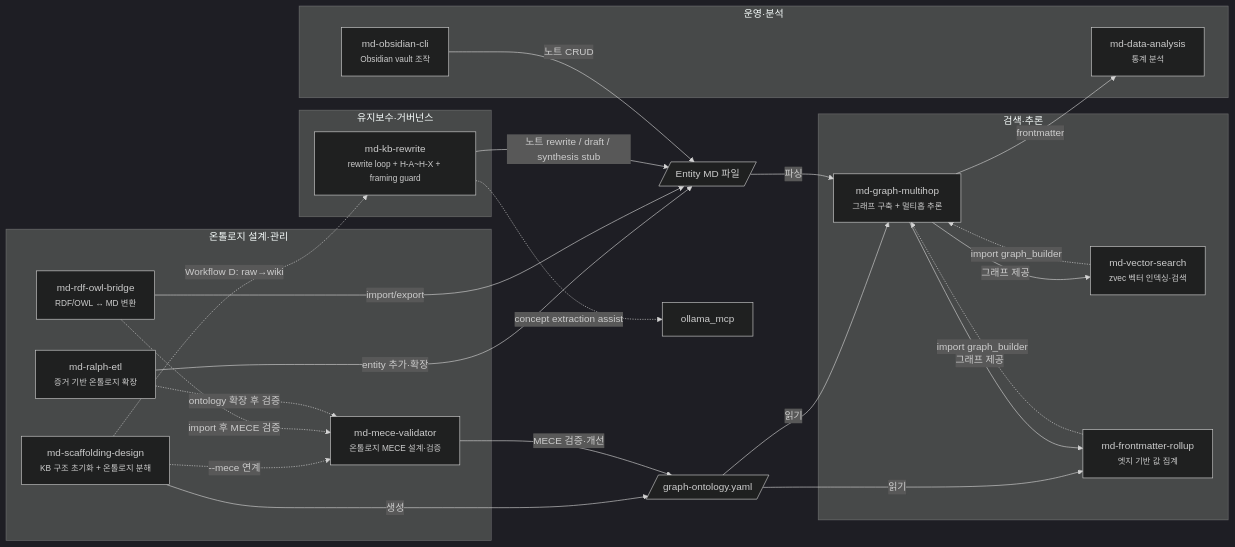
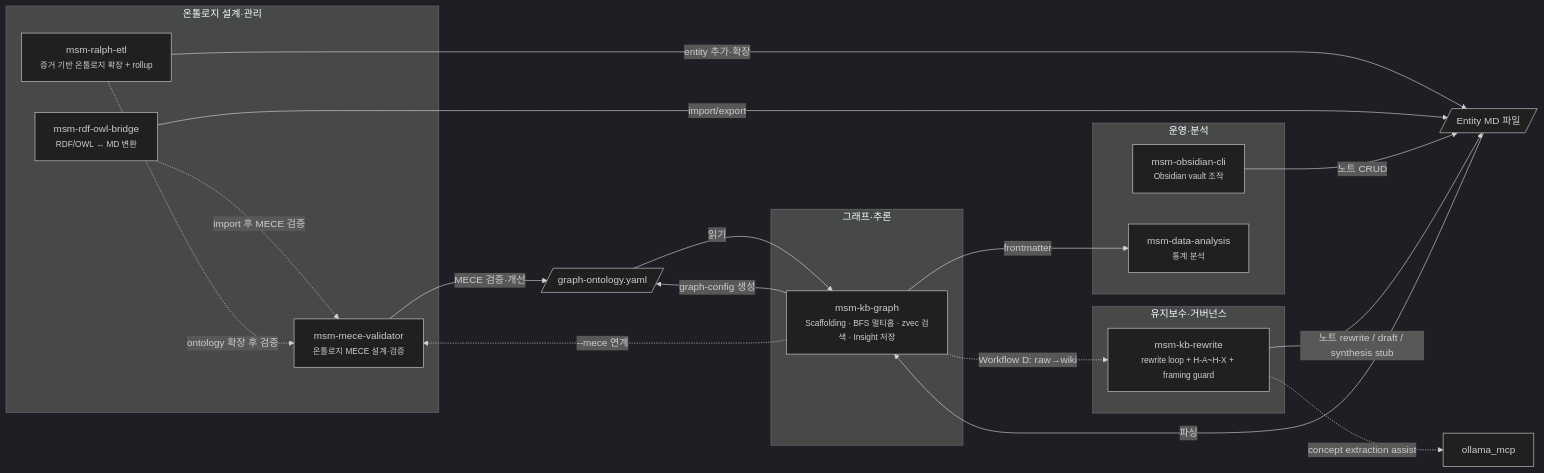
Before and after one commit to WMJOON/markdown-scaffolding-multihop: the second of 2 diagrams in README.md, drawn with Mermaid (dark theme). The commit also changed other lines of this file and 356 other files, not shown here.

````diff
--- a/README.md
+++ b/README.md
@@ -91,43 +91,35 @@
 ```mermaid
 flowchart LR
     subgraph 온톨로지["온톨로지 설계·관리"]
-        scaffolding["md-scaffolding-design<br/><small>KB 구조 초기화 + 온톨로지 분해</small>"]
-        mece["md-mece-validator<br/><small>온톨로지 MECE 설계·검증</small>"]
-        ralph["md-ralph-etl<br/><small>증거 기반 온톨로지 확장</small>"]
-        rdf["md-rdf-owl-bridge<br/><small>RDF/OWL ↔ MD 변환</small>"]
+        mece["msm-mece-validator<br/><small>온톨로지 MECE 설계·검증</small>"]
+        ralph["msm-ralph-etl<br/><small>증거 기반 온톨로지 확장 + rollup</small>"]
+        rdf["msm-rdf-owl-bridge<br/><small>RDF/OWL ↔ MD 변환</small>"]
     end
-    subgraph 검색추론["검색·추론"]
-        multihop["md-graph-multihop<br/><small>그래프 구축 + 멀티홉 추론</small>"]
-        vector["md-vector-search<br/><small>zvec 벡터 인덱싱·검색</small>"]
-        rollup["md-frontmatter-rollup<br/><small>엣지 기반 값 집계</small>"]
+    subgraph 그래프추론["그래프·추론"]
+        kbgraph["msm-kb-graph<br/><small>Scaffolding · BFS 멀티홉 · zvec 검색 · Insight 저장</small>"]
     end
     subgraph 유지보수["유지보수·거버넌스"]
-        kbrewrite["md-kb-rewrite<br/><small>rewrite loop + H-A~H-X + framing guard</small>"]
+        kbrewrite["msm-kb-rewrite<br/><small>rewrite loop + H-A~H-X + framing guard</small>"]
     end
     subgraph 운영분석["운영·분석"]
-        obsidian["md-obsidian-cli<br/><small>Obsidian vault 조작</small>"]
-        analysis["md-data-analysis<br/><small>통계 분석</small>"]
+        obsidian["msm-obsidian-cli<br/><small>Obsidian vault 조작</small>"]
+        analysis["msm-data-analysis<br/><small>통계 분석</small>"]
     end
 
     config[/"graph-ontology.yaml"/]
     entities[/"Entity MD 파일"/]
-    scaffolding -- "생성" --> config
-    scaffolding -. "--mece 연계" .-> mece
+    kbgraph -- "graph-config 생성" --> config
+    kbgraph -. "--mece 연계" .-> mece
     rdf -. "import 후 MECE 검증" .-> mece
     ralph -. "ontology 확장 후 검증" .-> mece
     mece -- "MECE 검증·개선" --> config
-    config -- "읽기" --> multihop
-    config -- "읽기" --> rollup
-    vector -. "import graph_builder" .-> multihop
-    rollup -. "import graph_builder" .-> multihop
+    config -- "읽기" --> kbgraph
     ralph -- "entity 추가·확장" --> entities
     rdf -- "import/export" --> entities
     obsidian -- "노트 CRUD" --> entities
-    entities -- "파싱" --> multihop
-    multihop -- "그래프 제공" --> vector
-    multihop -- "그래프 제공" --> rollup
-    multihop -- "frontmatter" --> analysis
+    entities -- "파싱" --> kbgraph
+    kbgraph -- "frontmatter" --> analysis
     kbrewrite -- "노트 rewrite / draft / synthesis stub" --> entities
     kbrewrite -. "concept extraction assist" .-> ollama["ollama_mcp"]
-    scaffolding -. "Workflow D: raw→wiki" .-> kbrewrite
+    kbgraph -. "Workflow D: raw→wiki" .-> kbrewrite
 ```
````
